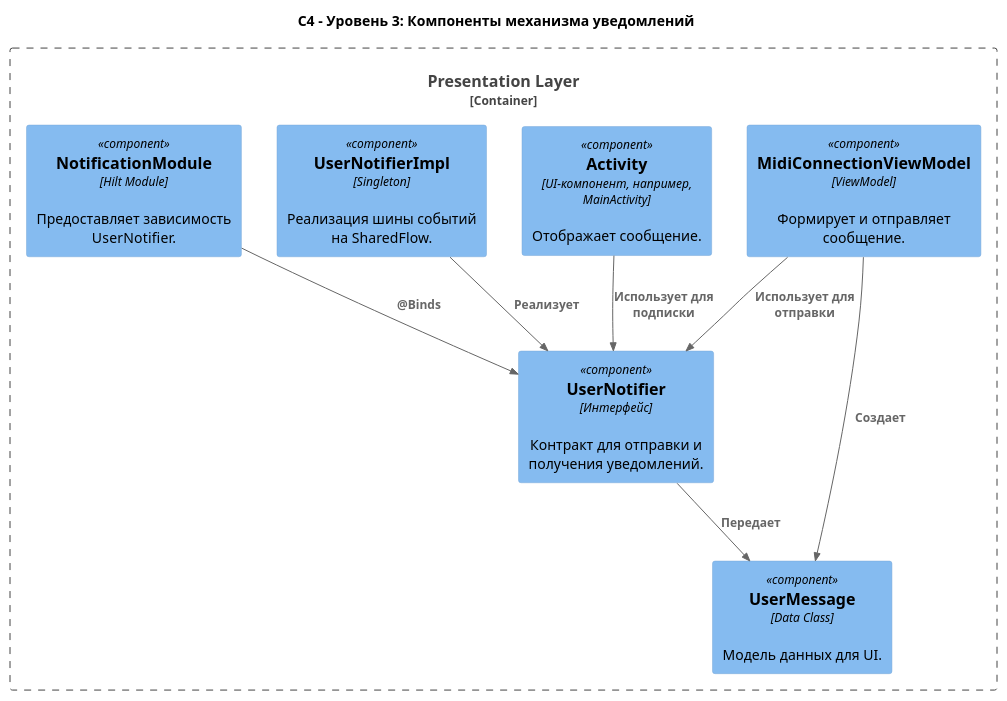
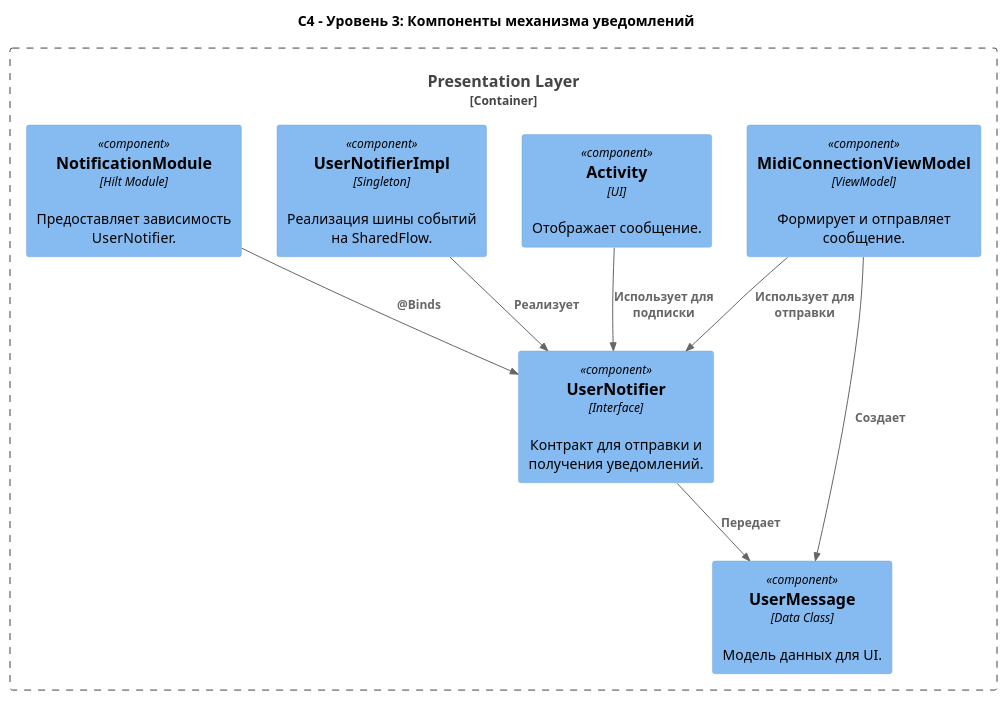
Before and after one commit to astrizhachuk/PianoFlow: the first of 5 diagrams in docs/ts/MIDI_NOTIFICATION.md, drawn with PlantUML. The commit also changed 13 other files, not shown here.

````diff
--- a/docs/ts/MIDI_NOTIFICATION.md
+++ b/docs/ts/MIDI_NOTIFICATION.md
@@ -27,26 +27,26 @@
 ```plantuml
 @startuml
 !include https://raw.githubusercontent.com/plantuml-stdlib/C4-PlantUML/master/C4_Component.puml
 
 title C4 - Уровень 3: Компоненты механизма уведомлений
 
 Container_Boundary(presentation, "Presentation Layer") {
     Component(vm, "MidiConnectionViewModel", "ViewModel", "Формирует и отправляет сообщение.")
-    Component(ui, "Activity", "UI-компонент, например, MainActivity", "Отображает сообщение.")
+    Component(ui, "Activity", "UI", "Отображает сообщение.")
 
-    Component(notifier, "UserNotifier", "Интерфейс", "Контракт для отправки и получения уведомлений.")
+    Component(notifier, "UserNotifier", "Interface", "Контракт для отправки и получения уведомлений.")
     Component(impl, "UserNotifierImpl", "Singleton", "Реализация шины событий на SharedFlow.")
     Component(message, "UserMessage", "Data Class", "Модель данных для UI.")
     Component(di, "NotificationModule", "Hilt Module", "Предоставляет зависимость UserNotifier.")
 
     Rel(impl, notifier, "Реализует")
     Rel(di, notifier, "@Binds")
 
     Rel(vm, notifier, "Использует для отправки")
     Rel(ui, notifier, "Использует для подписки")
     
     Rel(vm, message, "Создает")
     Rel(notifier, message, "Передает")
 }
 @enduml
 ```
````
